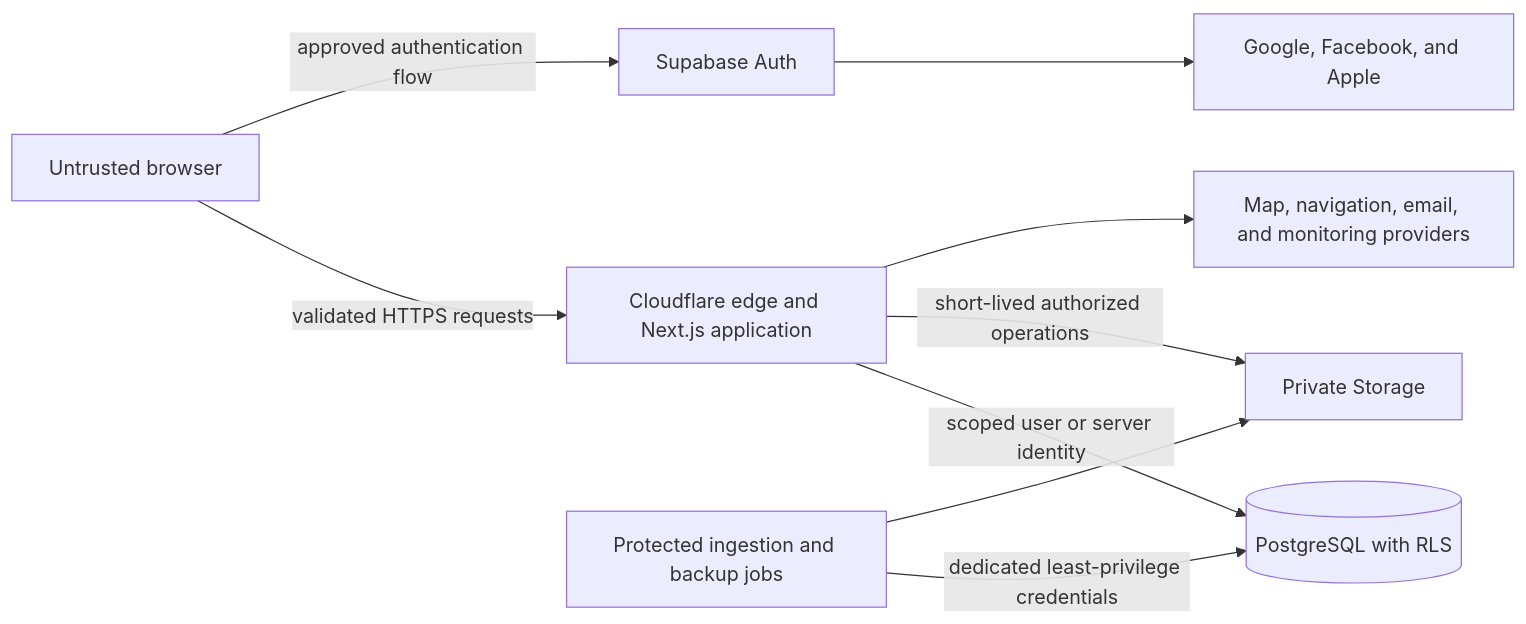
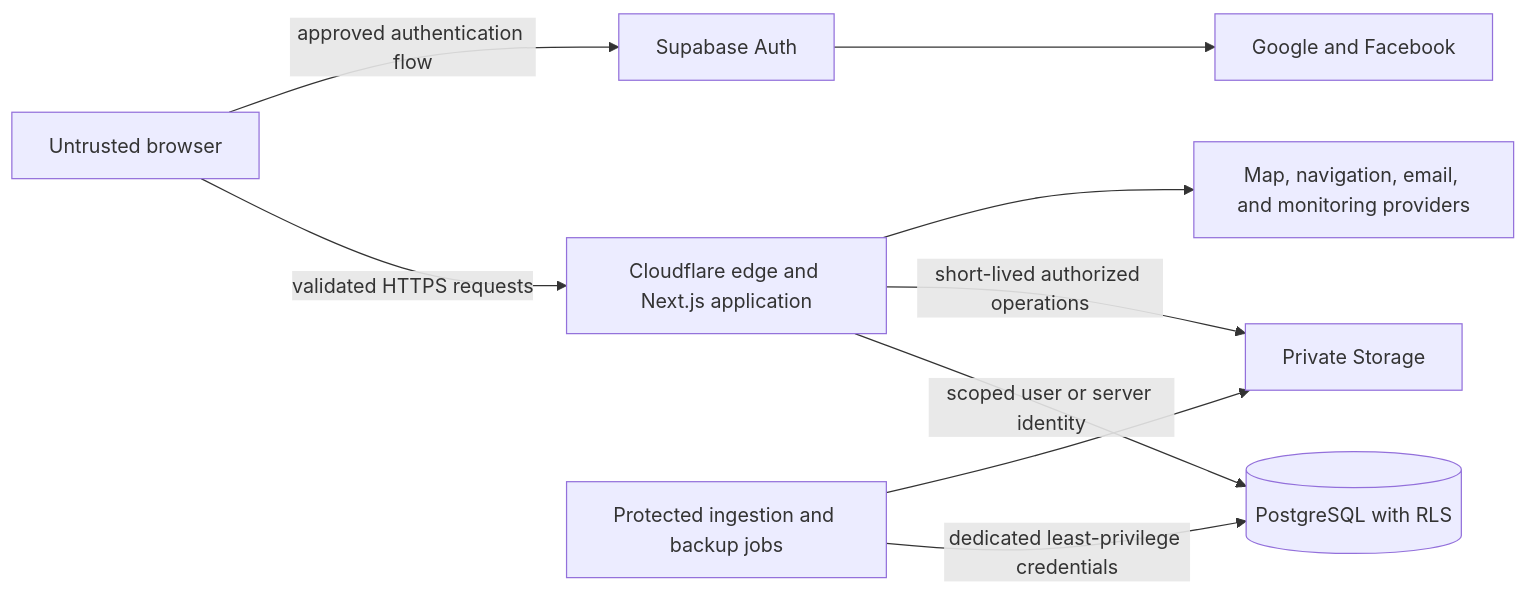
The first of 2 diagrams in docs/security.md (z4ynu/tagum-food-finder), drawn with Mermaid before and after one commit. The commit also changed other lines of this file and 18 other files, not shown here.

````diff
--- a/docs/security.md
+++ b/docs/security.md
@@ -200,20 +200,20 @@
 ```mermaid
 flowchart LR
     browser[Untrusted browser]
     edge[Cloudflare edge and Next.js application]
     auth[Supabase Auth]
     db[(PostgreSQL with RLS)]
     storage[Private Storage]
     jobs[Protected ingestion and backup jobs]
-    oauth[Google, Facebook, and Apple]
+    oauth[Google and Facebook]
     external[Map, navigation, email, and monitoring providers]
 
     browser -->|validated HTTPS requests| edge
     browser -->|approved authentication flow| auth
     auth --> oauth
     edge -->|scoped user or server identity| db
     edge -->|short-lived authorized operations| storage
     jobs -->|dedicated least-privilege credentials| db
     jobs --> storage
     edge --> external
 ```
````
